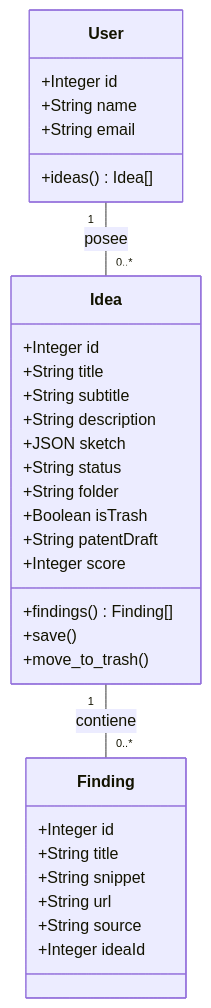
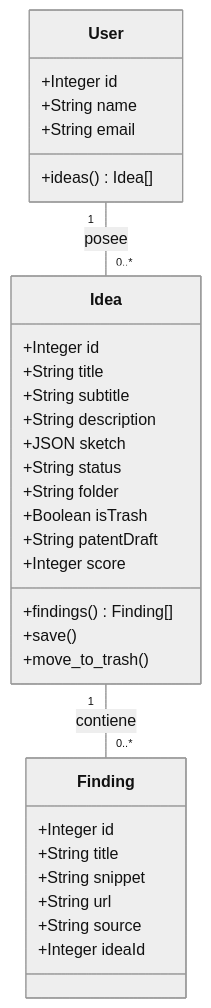
One commit to pachofisico/idea-pipeline changed the diagram in docs/architecture.md. Above: the diagram before and after it, drawn with Mermaid. The commit also changed 2 other files, not shown here.

Commit message:
docs: improve mermaid themes and add better extension recommendations for zoom/pan

````diff
--- a/docs/architecture.md
+++ b/docs/architecture.md
@@ -24,35 +24,36 @@
 ```mermaid
+%%{init: {'theme': 'neutral'}}%%
 classDiagram
     class User {
         +Integer id
         +String name
         +String email
         +ideas() Idea[]
     }
     class Idea {
         +Integer id
         +String title
         +String subtitle
         +String description
         +JSON sketch
         +String status
         +String folder
         +Boolean isTrash
         +String patentDraft
         +Integer score
         +findings() Finding[]
         +save()
         +move_to_trash()
     }
     class Finding {
         +Integer id
         +String title
         +String snippet
         +String url
         +String source
         +Integer ideaId
     }
 
     User "1" -- "0..*" Idea : posee
     Idea "1" -- "0..*" Finding : contiene
 ```
````
